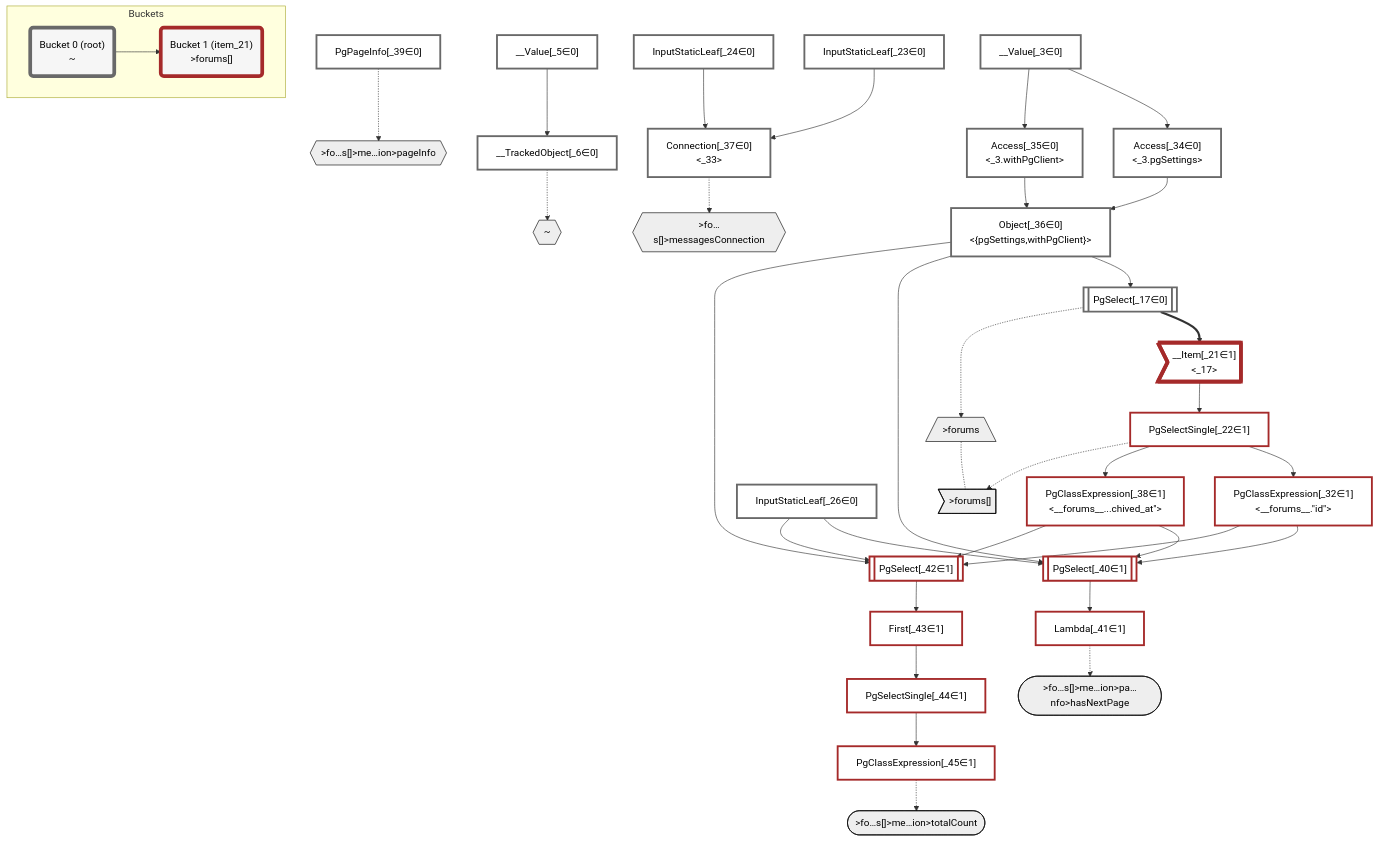
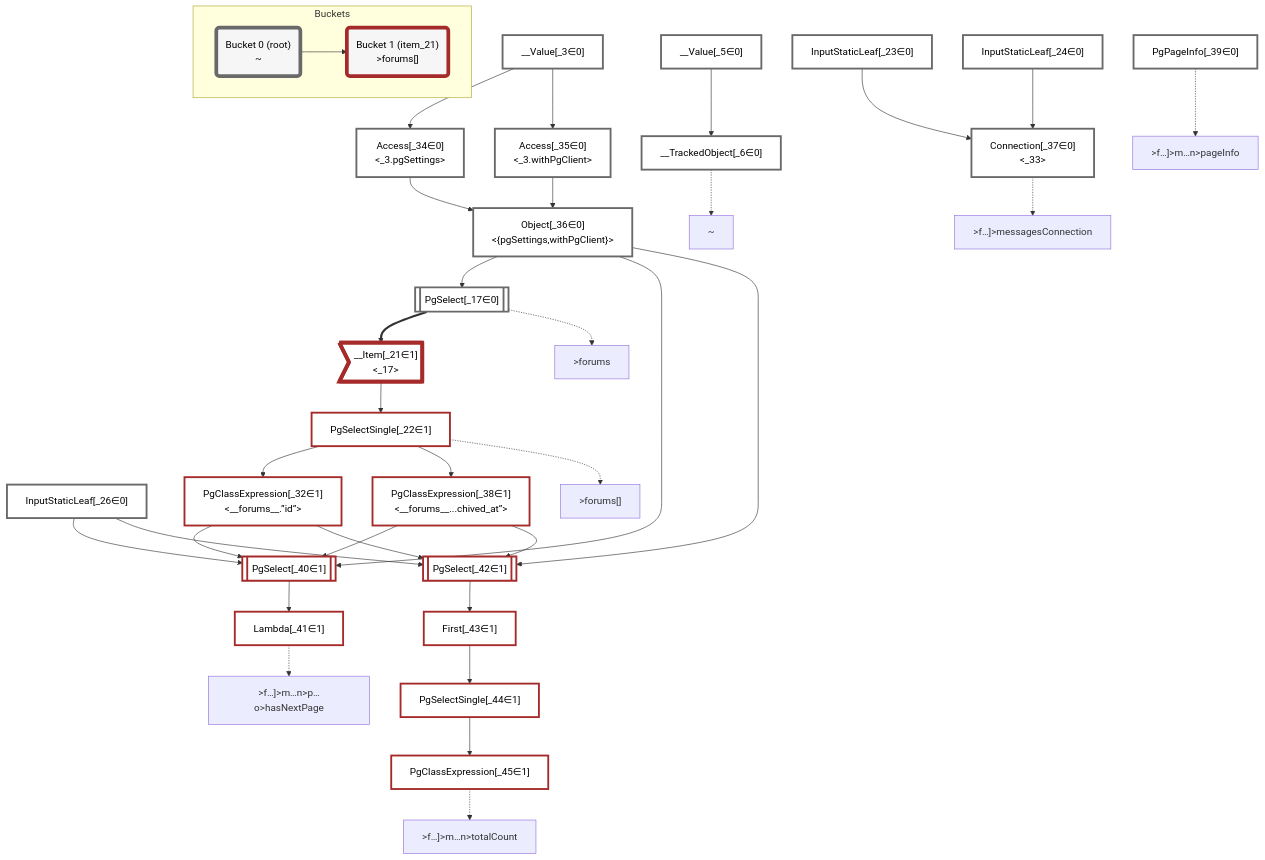
One commit to graphile/crystal changed the diagram in packages/dataplan-pg/__tests__/queries/conditions/condition-featured-messages-minimal.deopt.mermaid.md. Above: the diagram before and after it, drawn with Mermaid. The commit also changed 195 other files, not shown here.

```diff
--- a/packages/dataplan-pg/__tests__/queries/conditions/condition-featured-messages-minimal.deopt.mermaid.md
+++ b/packages/dataplan-pg/__tests__/queries/conditions/condition-featured-messages-minimal.deopt.mermaid.md
@@ -6,21 +6,6 @@
     classDef sideeffectplan fill:#f00,stroke-width:6px,color:#000
     classDef bucket fill:#f6f6f6,color:#000,stroke-width:6px
 
-    %% subgraph fields
-    P1{{"~"}}:::path
-    P2[/">forums"\]:::path
-    P3>">forums[]"]:::path
-    P2 -.- P3
-    P4{{">fo…s[]>messagesConnection"}}:::path
-    P5{{">fo…s[]>me…ion>pageInfo"}}:::path
-    P6([">fo…s[]>me…ion>pa…nfo>hasNextPage"]):::path
-    %% P5 -.-> P6
-    %% P4 -.-> P5
-    P7([">fo…s[]>me…ion>totalCount"]):::path
-    %% P4 -.-> P7
-    %% P3 -.-> P4
-    %% P1 -.-> P2
-    %% end
 
     %% define plans
     __Value_3["__Value[_3∈0]<br /><context>"]:::plan
@@ -32,12 +17,12 @@
     InputStaticLeaf_23["InputStaticLeaf[_23∈0]"]:::plan
     InputStaticLeaf_24["InputStaticLeaf[_24∈0]"]:::plan
     InputStaticLeaf_26["InputStaticLeaf[_26∈0]"]:::plan
-    PgClassExpression_32["PgClassExpression[_32∈1]<br /><__forums__.#quot;id#quot;>"]:::plan
+    PgClassExpression_32["PgClassExpression[_32∈1]<br /><__forums__.”id”>"]:::plan
     Access_34["Access[_34∈0]<br /><_3.pgSettings>"]:::plan
     Access_35["Access[_35∈0]<br /><_3.withPgClient>"]:::plan
     Object_36["Object[_36∈0]<br /><{pgSettings,withPgClient}>"]:::plan
     Connection_37["Connection[_37∈0]<br /><_33>"]:::plan
-    PgClassExpression_38["PgClassExpression[_38∈1]<br /><__forums__...chived_at#quot;>"]:::plan
+    PgClassExpression_38["PgClassExpression[_38∈1]<br /><__forums__...chived_at”>"]:::plan
     PgPageInfo_39["PgPageInfo[_39∈0]"]:::plan
     PgSelect_40[["PgSelect[_40∈1]<br /><messages>"]]:::plan
     Lambda_41["Lambda[_41∈1]<br /><listHasMore>"]:::plan
@@ -73,12 +58,19 @@
     PgSelectSingle_44 --> PgClassExpression_45
 
     %% plan-to-path relationships
+    P1["~"]
     __TrackedObject_6 -.-> P1
+    P2[">forums"]
     PgSelect_17 -.-> P2
+    P3[">forums[]"]
     PgSelectSingle_22 -.-> P3
+    P4[">f…]>messagesConnection"]
     Connection_37 -.-> P4
+    P5[">f…]>m…n>pageInfo"]
     PgPageInfo_39 -.-> P5
+    P6[">f…]>m…n>p…o>hasNextPage"]
     Lambda_41 -.-> P6
+    P7[">f…]>m…n>totalCount"]
     PgClassExpression_45 -.-> P7
 
     %% allocate buckets
```
